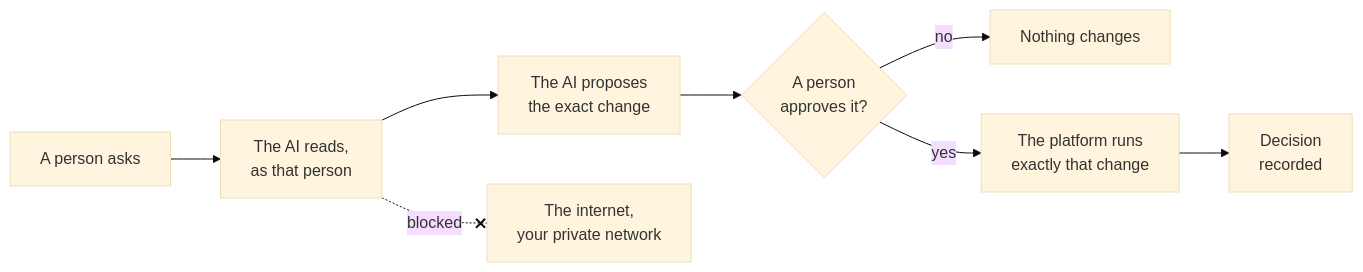
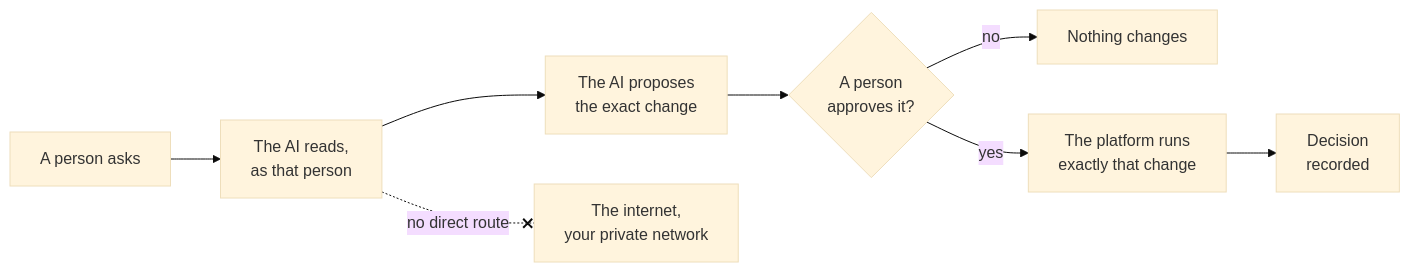
Before and after one commit to gaezla/zero-trust-ai-operations: the diagram in README.md, drawn with Mermaid (base theme). The commit also changed other lines of this file and 5 other files, not shown here.

````diff
--- a/README.md
+++ b/README.md
@@ -44,10 +44,10 @@
 ```mermaid
 flowchart LR
     ask["A person asks"] --> read["The AI reads,<br/>as that person"]
     read --> propose["The AI proposes<br/>the exact change"]
     propose --> gate{"A person<br/>approves it?"}
     gate -- "no" --> stop["Nothing changes"]
     gate -- "yes" --> run["The platform runs<br/>exactly that change"]
     run --> record["Decision<br/>recorded"]
-    read -. "blocked" .-x out["The internet,<br/>your private network"]
+    read -. "no direct route" .-x out["The internet,<br/>your private network"]
 ```
````
